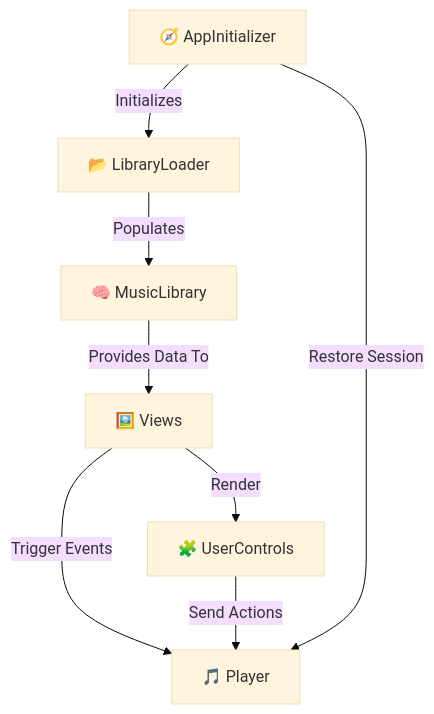
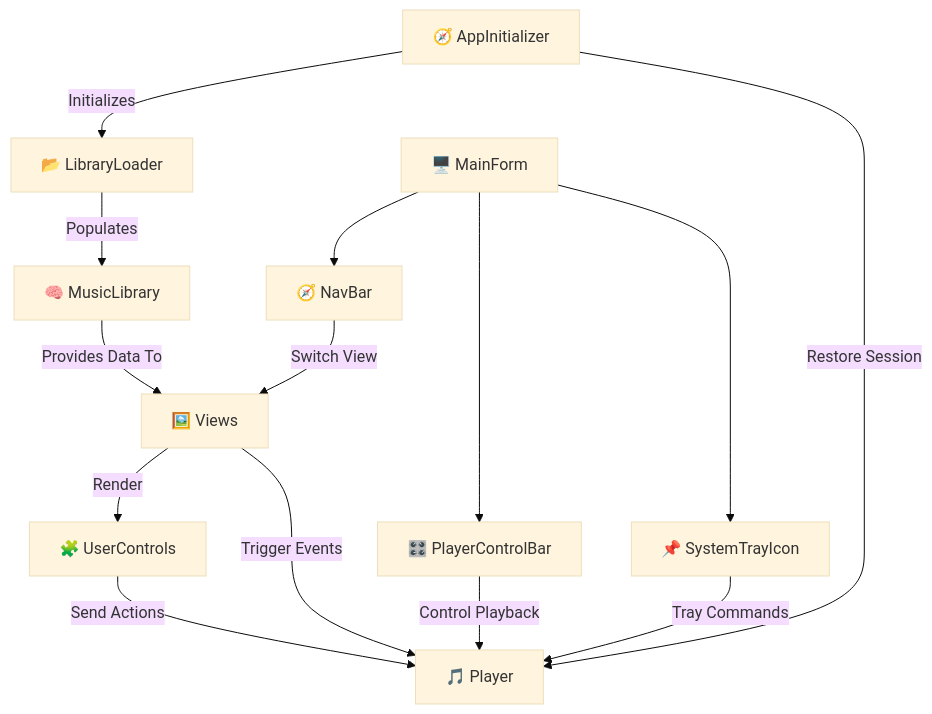
One commit to AlexPlec/Audio-256 changed the first of 2 diagrams in docs/components.md. Above: the diagram before and after it, drawn with Mermaid (base theme). The commit also changed other lines of this file and 2 other files, not shown here.

````diff
--- a/docs/components.md
+++ b/docs/components.md
@@ -15,10 +15,16 @@
 ```mermaid
 graph TD
     AppInitializer["🧭 AppInitializer"] -->|Initializes| LibraryLoader["📂 LibraryLoader"]
     LibraryLoader -->|Populates| MusicLibrary["🧠 MusicLibrary"]
     MusicLibrary -->|Provides Data To| Views["🖼️ Views"]
     Views -->|Render| UserControls["🧩 UserControls"]
     Views -->|Trigger Events| Player["🎵 Player"]
     UserControls -->|Send Actions| Player
     AppInitializer -->|Restore Session| Player
+    MainForm["🖥️ MainForm"] --> NavBar["🧭 NavBar"]
+    MainForm --> PlayerControlBar["🎛️ PlayerControlBar"]
+    MainForm --> SystemTrayIcon["📌 SystemTrayIcon"]
+    NavBar -->|Switch View| Views
+    PlayerControlBar -->|Control Playback| Player
+    SystemTrayIcon -->|Tray Commands| Player
 ```
````
